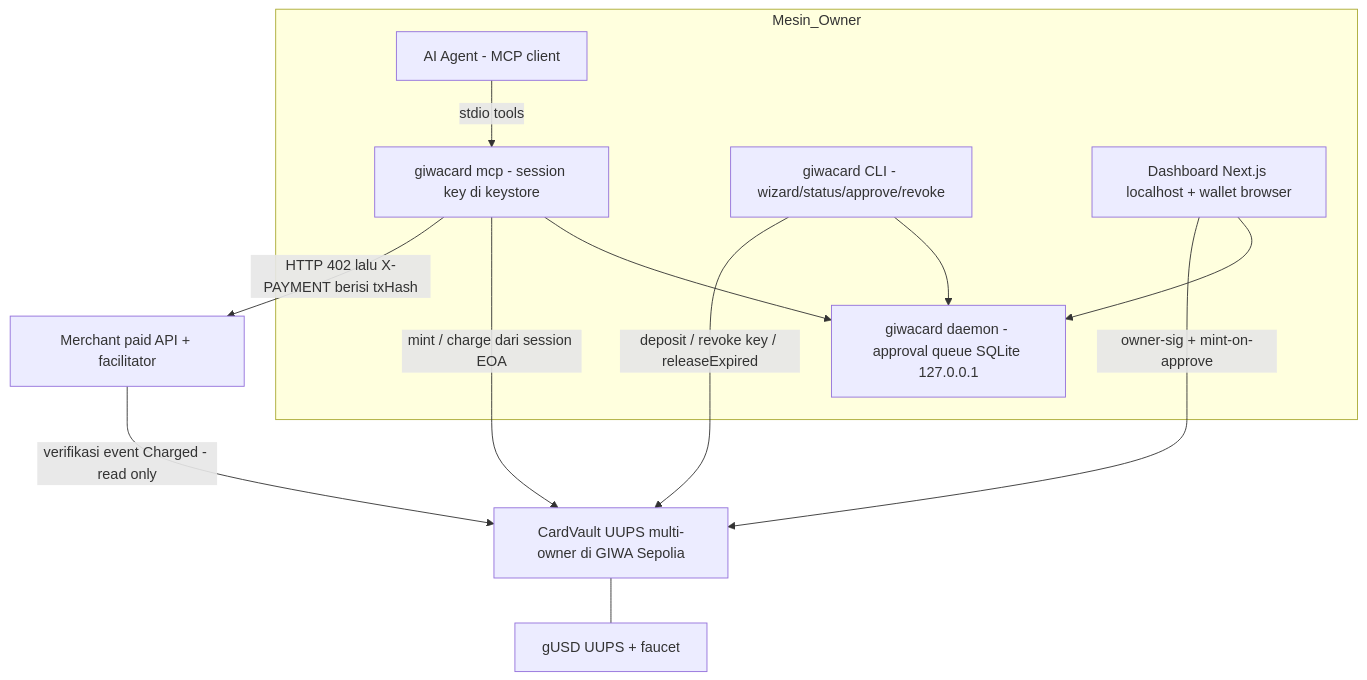
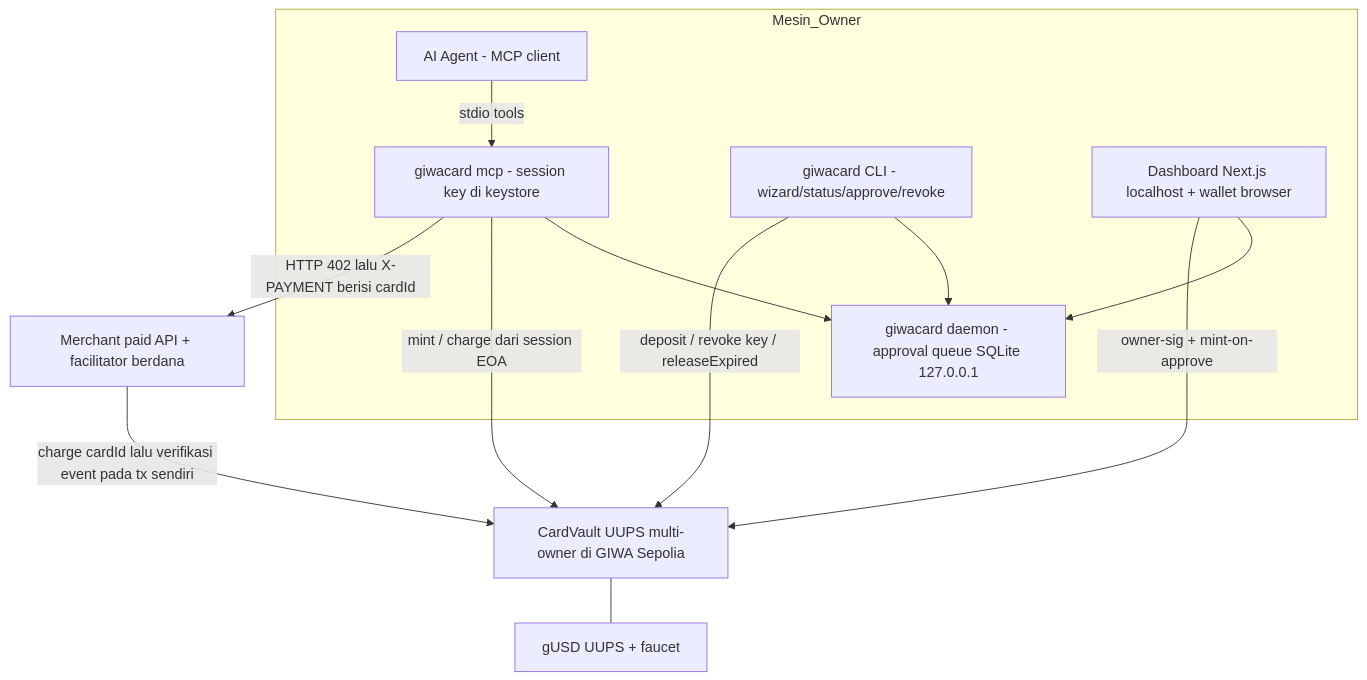
Before and after one commit to Lexirieru/agentcard: the first of 2 diagrams in docs/plans/2026-08-01-001-feat-giwacard-mvp-plan.md, drawn with Mermaid. The commit also changed other lines of this file, not shown here.

Commit message:
docs(plan): finish correcting the payment direction
KTD-9 was corrected to merchant-pull but the architecture diagram, U5 and U9
still described the agent submitting the charge and the facilitator reading
the chain without a funded key. A half-corrected plan is worse than an
uncorrected one — the next reader trusts whichever section they happen to
open.

````diff
--- a/docs/plans/2026-08-01-001-feat-giwacard-mvp-plan.md
+++ b/docs/plans/2026-08-01-001-feat-giwacard-mvp-plan.md
@@ -156,15 +156,15 @@
 ```mermaid
 flowchart TB
   subgraph Mesin_Owner
     AGENT[AI Agent - MCP client] -->|stdio tools| MCP[giwacard mcp - session key di keystore]
     CLI[giwacard CLI - wizard/status/approve/revoke] --> BE[giwacard daemon - approval queue SQLite 127.0.0.1]
     DASH[Dashboard Next.js localhost + wallet browser] --> BE
     MCP --> BE
   end
   MCP -->|mint / charge dari session EOA| VAULT[CardVault UUPS multi-owner di GIWA Sepolia]
   CLI -->|deposit / revoke key / releaseExpired| VAULT
   DASH -->|owner-sig + mint-on-approve| VAULT
-  MCP -->|HTTP 402 lalu X-PAYMENT berisi txHash| MERCH[Merchant paid API + facilitator]
-  MERCH -->|verifikasi event Charged - read only| VAULT
+  MCP -->|HTTP 402 lalu X-PAYMENT berisi cardId| MERCH[Merchant paid API + facilitator berdana]
+  MERCH -->|charge cardId lalu verifikasi event pada tx sendiri| VAULT
   VAULT --- GUSD[gUSD UUPS + faucet]
 ```
````
